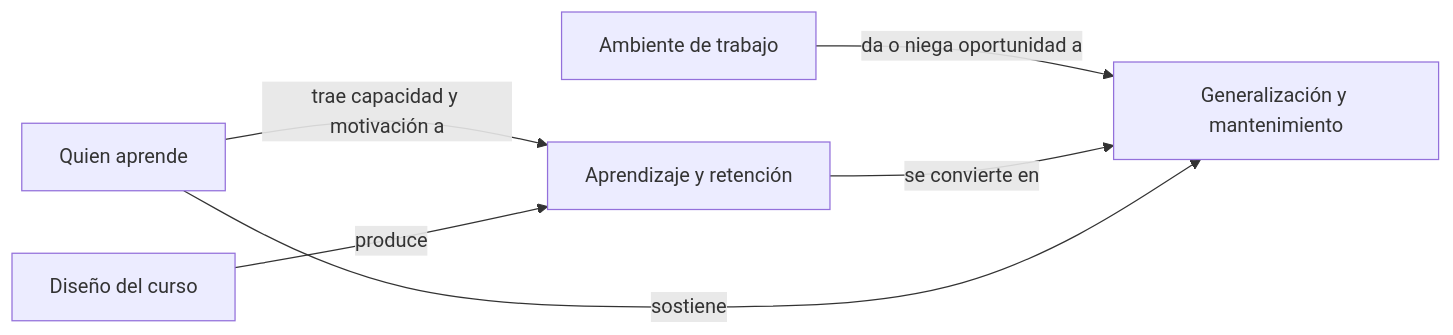
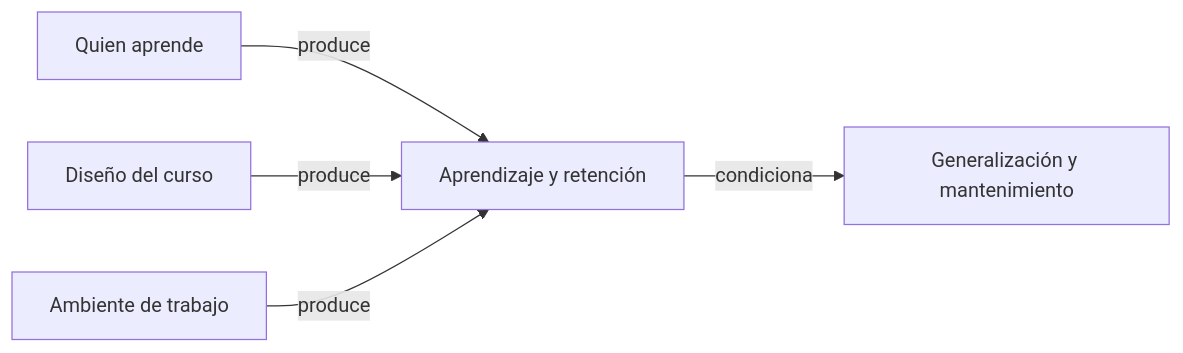
One commit to mtsdlf/conocimiento changed the diagram in Evaluacion-educativa/Evaluar-un-programa/transferencia-de-la-capacitacion.md. Above: the diagram before and after it, drawn with Mermaid. The commit also changed other lines of this file and 137 other files, not shown here.

````diff
--- a/Evaluacion-educativa/Evaluar-un-programa/transferencia-de-la-capacitacion.md
+++ b/Evaluacion-educativa/Evaluar-un-programa/transferencia-de-la-capacitacion.md
@@ -31,8 +31,7 @@
 ```mermaid
 flowchart LR
-  A[Quien aprende] -->|trae capacidad y motivación a| L[Aprendizaje y retención]
+  A[Quien aprende] -->|produce| L[Aprendizaje y retención]
   D[Diseño del curso] -->|produce| L
-  W[Ambiente de trabajo] -->|da o niega oportunidad a| T[Generalización y mantenimiento]
-  L -->|se convierte en| T
-  A -->|sostiene| T
+  W[Ambiente de trabajo] -->|produce| L
+  L -->|condiciona| T[Generalización y mantenimiento]
 ```
````
